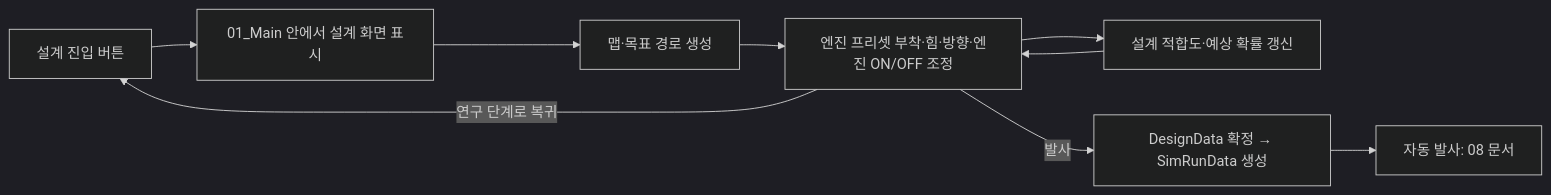
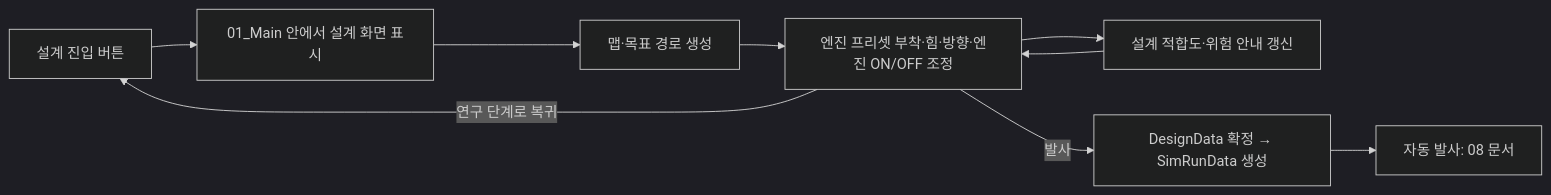
The diagram in docs/artemis-2026-gdd/07_로켓_설계.md (NHNAI-26/2026NHNAI), drawn with Mermaid (dark theme) before and after one commit. The commit also changed other lines of this file and 16 other files, not shown here.

````diff
--- a/docs/artemis-2026-gdd/07_로켓_설계.md
+++ b/docs/artemis-2026-gdd/07_로켓_설계.md
@@ -22,11 +22,11 @@
 ```mermaid
 flowchart LR
     A[설계 진입 버튼] --> B[01_Main 안에서 설계 화면 표시]
     B --> C[맵·목표 경로 생성]
     C --> D[엔진 프리셋 부착·힘·방향·엔진 ON/OFF 조정]
-    D --> P[설계 적합도·예상 확률 갱신]
+    D --> P[설계 적합도·위험 안내 갱신]
     P --> D
     D -->|연구 단계로 복귀| A
     D -->|발사| E[DesignData 확정 → SimRunData 생성]
     E --> F[자동 발사: 08 문서]
 ```
````
